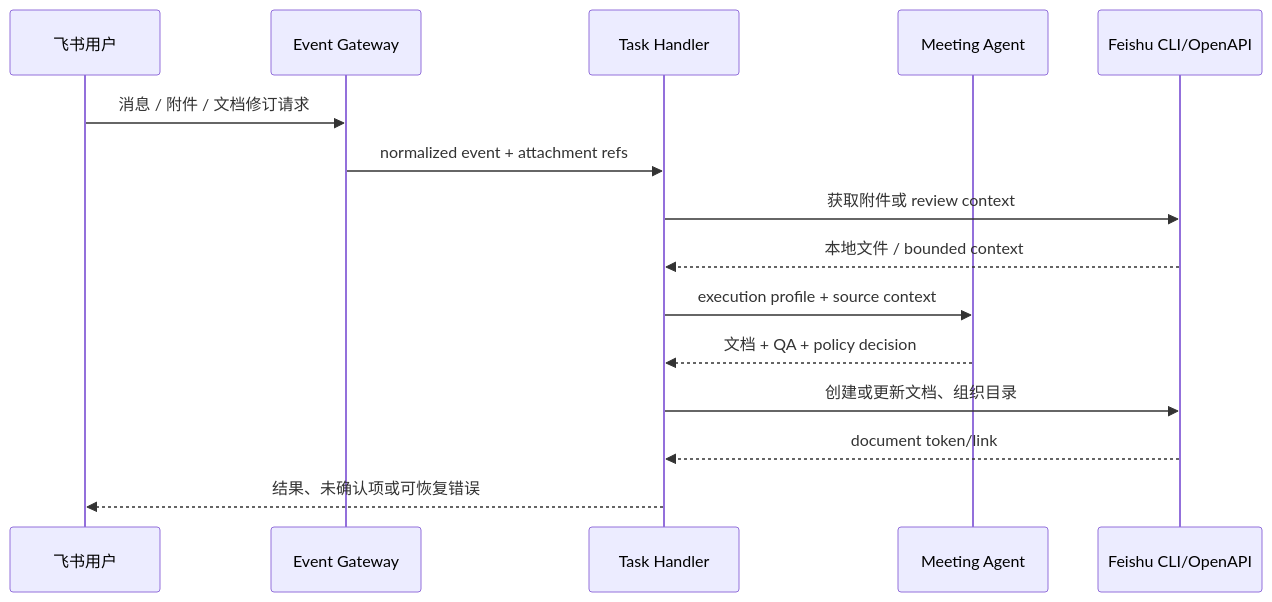
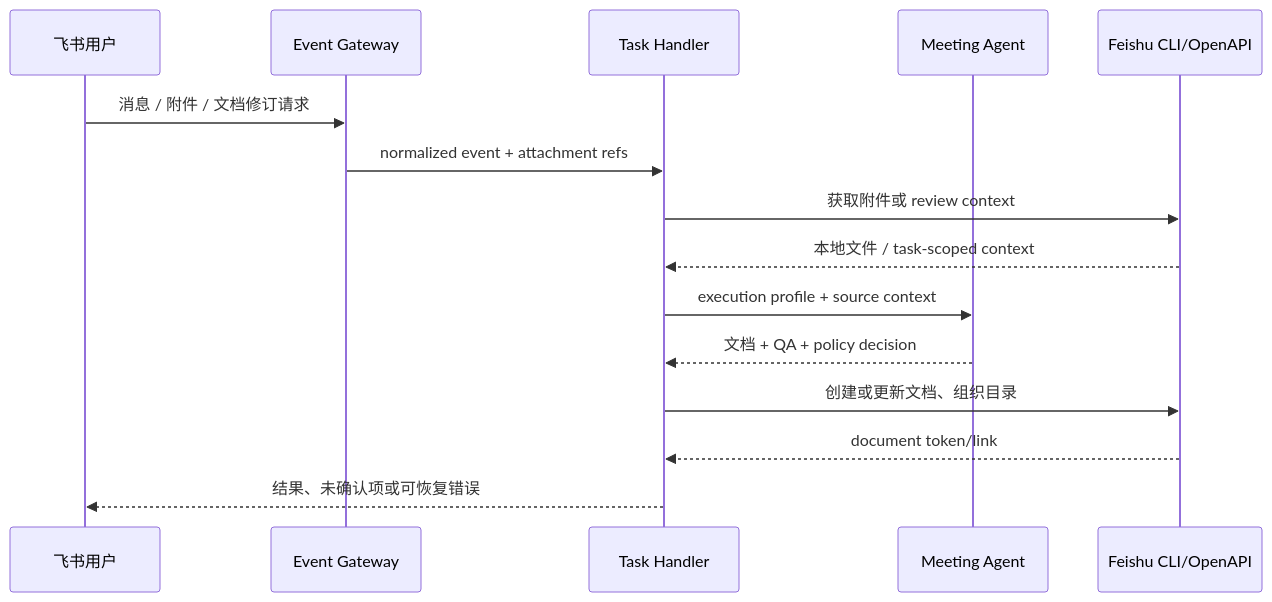
The eighth of 9 diagrams in wiki/02-agent-architecture.md (DESONGs/assignment-agent), drawn with Mermaid before and after one commit. The commit also changed other lines of this file and 33 other files, not shown here.

````diff
--- a/wiki/02-agent-architecture.md
+++ b/wiki/02-agent-architecture.md
@@ -230,18 +237,18 @@
 ```mermaid
 sequenceDiagram
     participant U as 飞书用户
     participant G as Event Gateway
     participant H as Task Handler
     participant A as Meeting Agent
     participant F as Feishu CLI/OpenAPI
 
     U->>G: 消息 / 附件 / 文档修订请求
     G->>H: normalized event + attachment refs
     H->>F: 获取附件或 review context
-    F-->>H: 本地文件 / bounded context
+    F-->>H: 本地文件 / task-scoped context
     H->>A: execution profile + source context
     A-->>H: 文档 + QA + policy decision
     H->>F: 创建或更新文档、组织目录
     F-->>H: document token/link
     H-->>U: 结果、未确认项或可恢复错误
 ```
````
